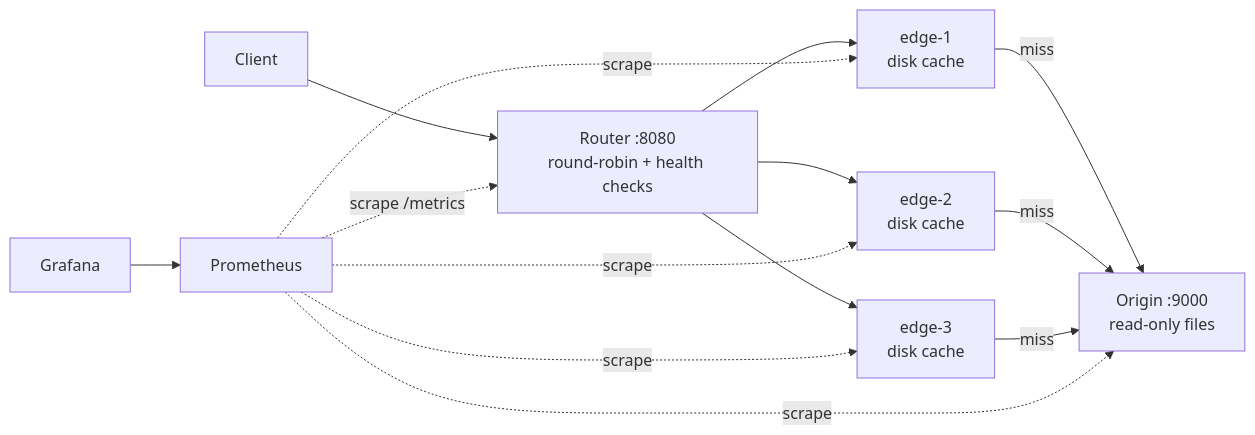
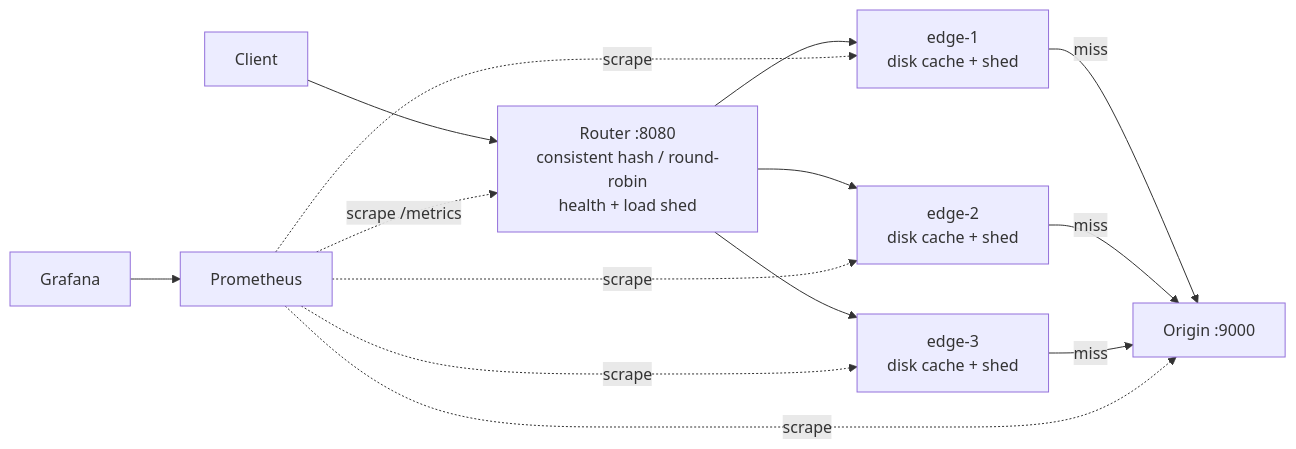
The diagram in README.md (uabali/mini-CDN), drawn with Mermaid before and after one commit. The commit also changed other lines of this file and 8 other files, not shown here.

First line of the commit message:
feat: consistent hashing, partial-failure ring sync, load shedding

````diff
--- a/README.md
+++ b/README.md
@@ -11,16 +11,16 @@
 ```mermaid
 flowchart LR
-    C[Client] --> R["Router :8080<br/>round-robin + health checks"]
-    R --> E1["edge-1<br/>disk cache"]
-    R --> E2["edge-2<br/>disk cache"]
-    R --> E3["edge-3<br/>disk cache"]
-    E1 -- miss --> O["Origin :9000<br/>read-only files"]
+    C[Client] --> R["Router :8080<br/>consistent hash / round-robin<br/>health + load shed"]
+    R --> E1["edge-1<br/>disk cache + shed"]
+    R --> E2["edge-2<br/>disk cache + shed"]
+    R --> E3["edge-3<br/>disk cache + shed"]
+    E1 -- miss --> O["Origin :9000"]
     E2 -- miss --> O
     E3 -- miss --> O
     P[Prometheus] -. scrape /metrics .-> R
     P -. scrape .-> E1
     P -. scrape .-> E2
     P -. scrape .-> E3
     P -. scrape .-> O
     G[Grafana] --> P
 ```
````
